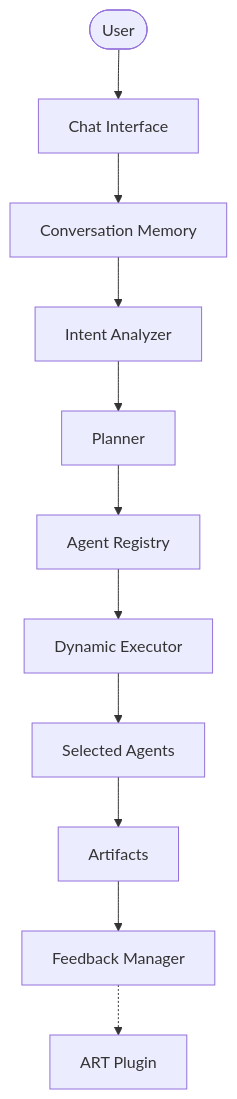
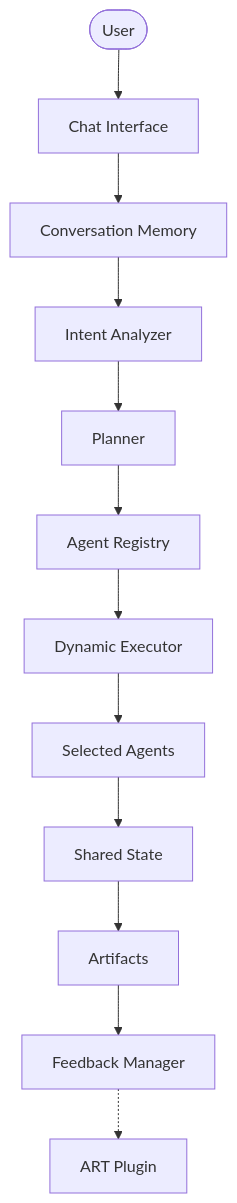
Before and after one commit to gunabh25/forge-ai-langgraph: the diagram in README.md, drawn with Mermaid. The commit also changed other lines of this file, not shown here.

Commit message:
refactor: update README to clarify architectural components, agent registry, and dynamic execution workflow

````diff
--- a/README.md
+++ b/README.md
@@ -29,13 +23,14 @@
 ```mermaid
 graph TD
     User([User]) --> CI[Chat Interface]
     CI --> CM[Conversation Memory]
     CM --> IA[Intent Analyzer]
     IA --> PL[Planner]
     PL --> AR[Agent Registry]
     AR --> DE[Dynamic Executor]
     DE --> SA[Selected Agents]
-    SA --> ART[Artifacts]
+    SA --> SS[Shared State]
+    SS --> ART[Artifacts]
     ART --> FM[Feedback Manager]
     FM -.-> ART_P[ART Plugin]
 ```
````
